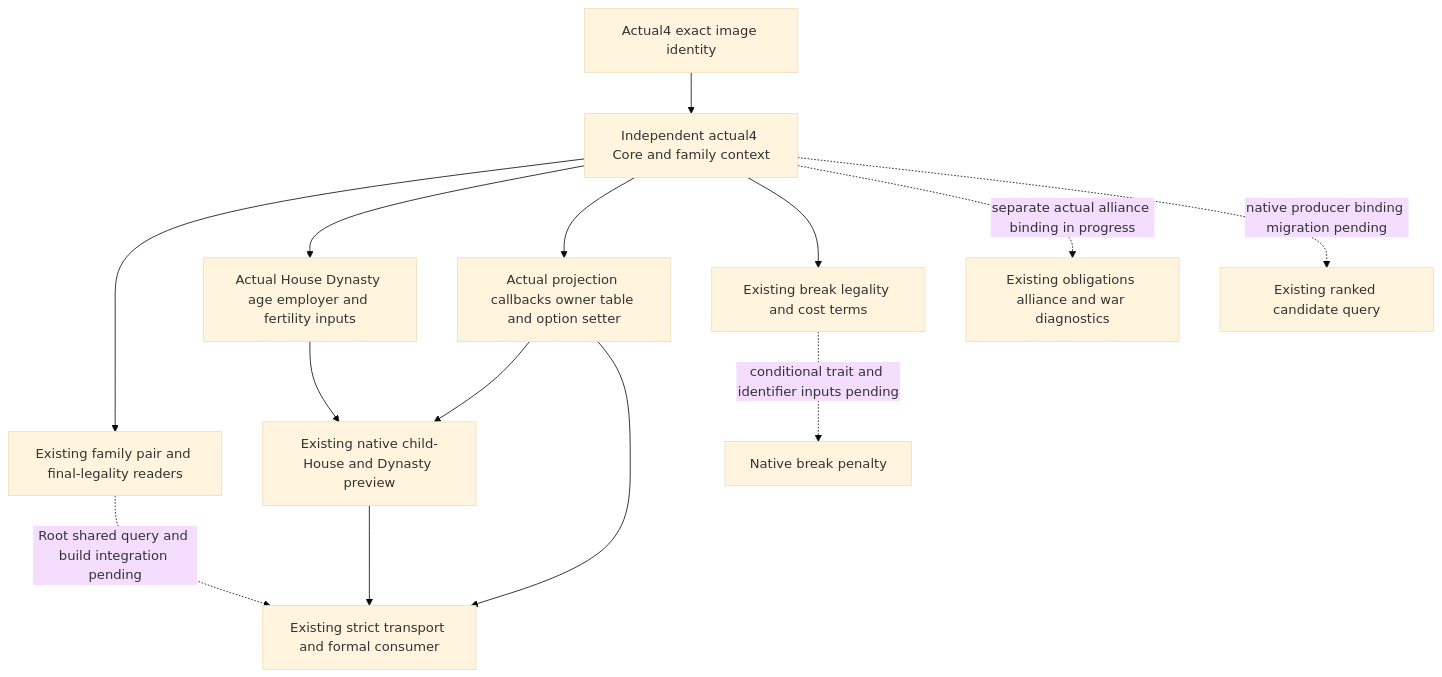
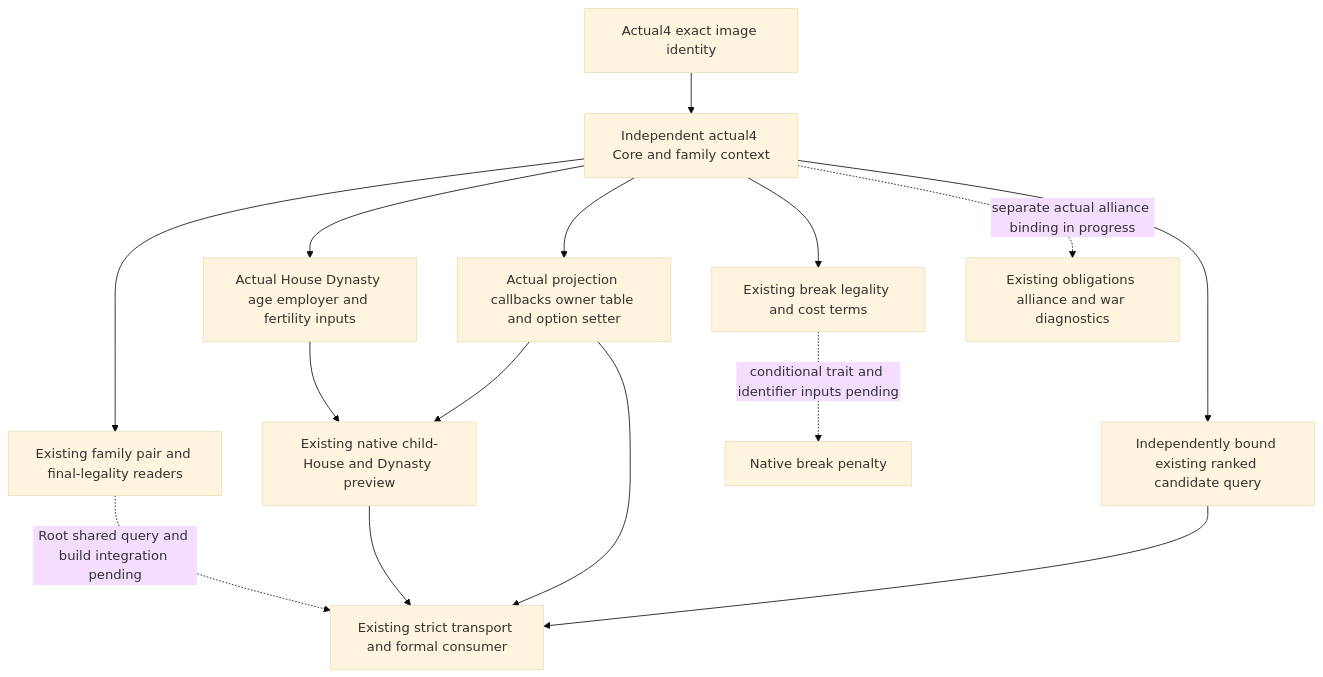
One commit to XenoAmess/ck3_eternal_recurrence changed the diagram in docs/ck3-native-ai/family-bindings-12004.md. Above: the diagram before and after it, drawn with Mermaid (base theme). The commit also changed other lines of this file and 3 other files, not shown here.

````diff
--- a/docs/ck3-native-ai/family-bindings-12004.md
+++ b/docs/ck3-native-ai/family-bindings-12004.md
@@ -17,16 +19,17 @@
 ```mermaid
 flowchart TD
   I[Actual4 exact image identity] --> C[Independent actual4 Core and family context]
   C --> F[Existing family pair and final-legality readers]
   C --> V[Actual House Dynasty age employer and fertility inputs]
   C --> P[Actual projection callbacks owner table and option setter]
   V --> L[Existing native child-House and Dynasty preview]
   P --> L
   C --> B[Existing break legality and cost terms]
   B -. conditional trait and identifier inputs pending .-> BP[Native break penalty]
   F -. Root shared query and build integration pending .-> O[Existing strict transport and formal consumer]
   L --> O
   P --> O
   C -. separate actual alliance binding in progress .-> A[Existing obligations alliance and war diagnostics]
-  C -. native producer binding migration pending .-> R[Existing ranked candidate query]
+  C --> R[Independently bound existing ranked candidate query]
+  R --> O
 ```
````
